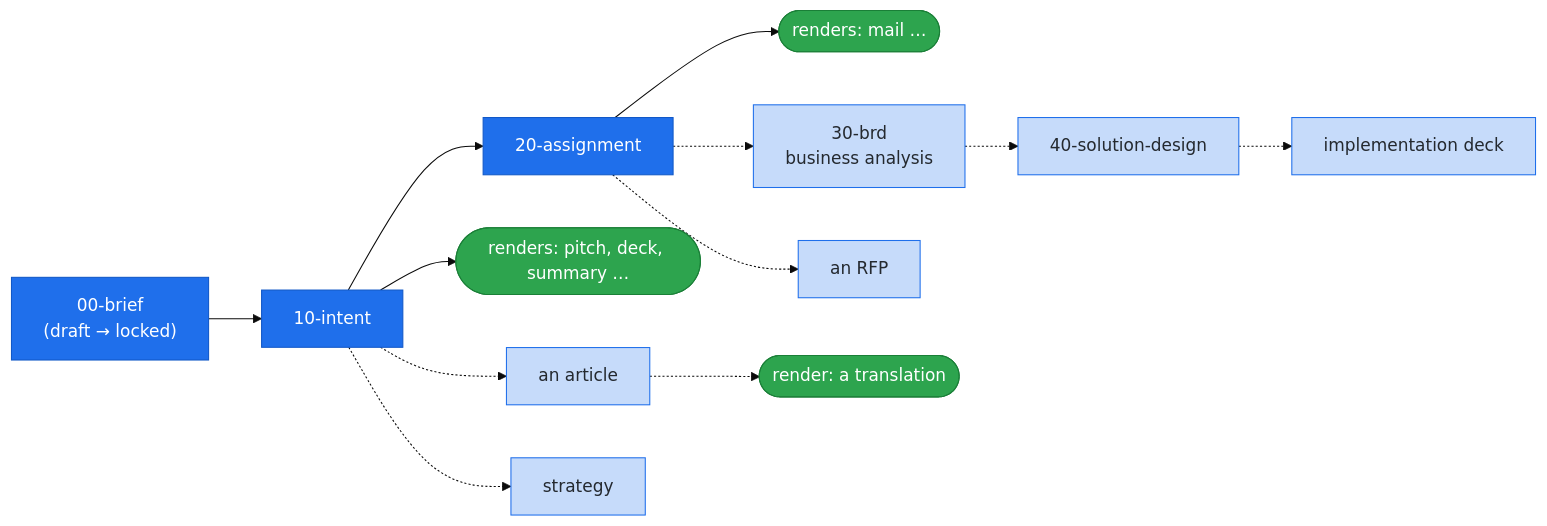
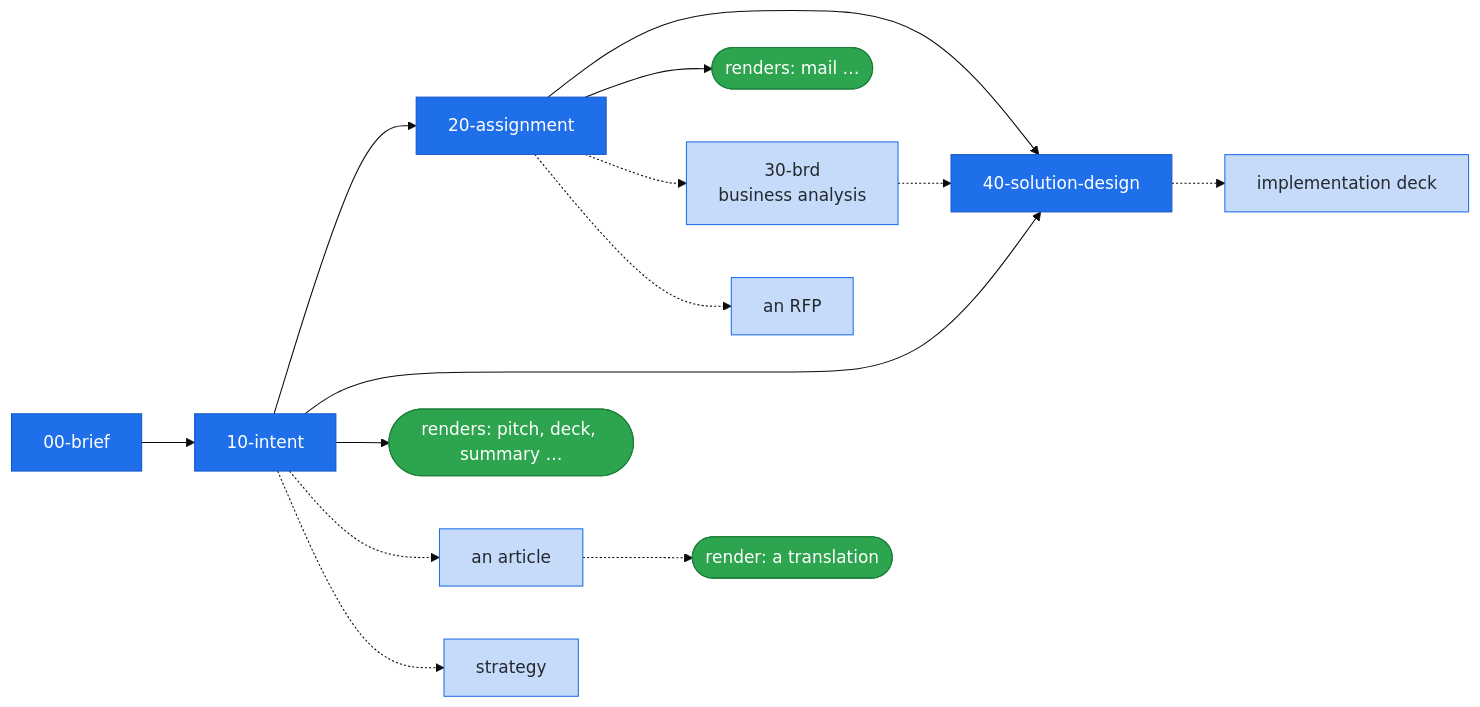
Before and after one commit to pche-broken-artist/forge-of-thought: the diagram in README.md, drawn with Mermaid (base theme). The commit also changed other lines of this file and 27 other files, not shown here.

````diff
--- a/README.md
+++ b/README.md
@@ -220,21 +234,23 @@
 ```mermaid
 flowchart LR
-    B["00-brief<br>(draft → locked)"] --> I["10-intent"]
+    B["00-brief"] --> I["10-intent"]
     I --> A["20-assignment"]
+    I --> SD["40-solution-design"]
+    A --> SD
     I --> RI(["renders: pitch, deck, summary …"])
     A --> RA(["renders: mail …"])
     A -.-> BRD["30-brd<br>business analysis"]
+    BRD -.-> SD
     A -.-> RFP["an RFP"]
     I -.-> ART["an article"]
     ART -.-> RT(["render: a translation"])
     I -.-> ST["strategy"]
-    BRD -.-> SD["40-solution-design"]
     SD -.-> IMP["implementation deck"]
 
     classDef built fill:#1f6feb,stroke:#1158c7,color:#ffffff
     classDef future fill:#c6dbfa,stroke:#1f6feb,color:#24292f
     classDef render fill:#2da44e,stroke:#1a7f37,color:#ffffff
-    class B,I,A built
-    class BRD,RFP,ART,ST,SD,IMP future
+    class B,I,A,SD built
+    class BRD,RFP,ART,ST,IMP future
     class RI,RA,RT render
 ```
````
